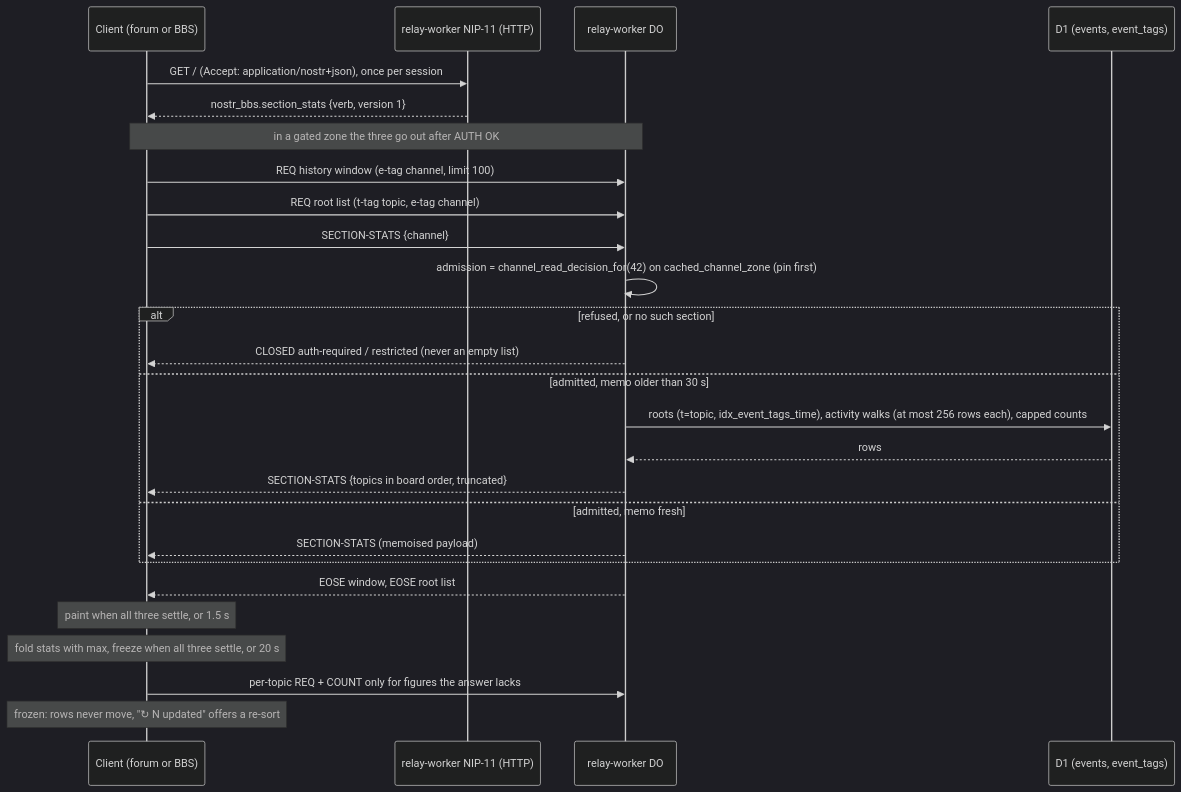
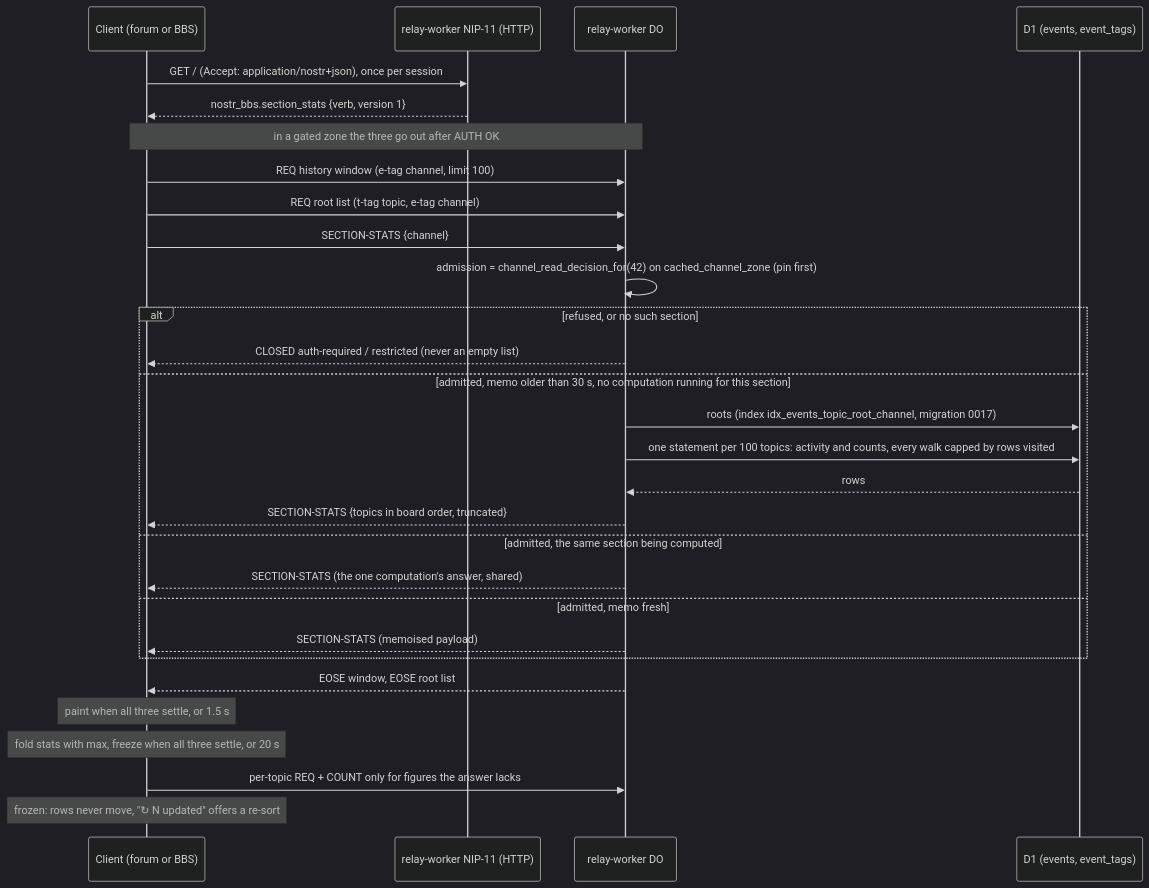
Before and after one commit to DreamLab-AI/nostr-rust-forum: the third of 6 diagrams in docs/architecture.md, drawn with Mermaid (dark theme). The commit also changed 10 other files, not shown here.

First line of the commit message:
fix(clients): live replies raise section-stats counts; cap-freeze baseline clamped at paint; docs for review fixes and migration 0017

````diff
--- a/docs/architecture.md
+++ b/docs/architecture.md
@@ -273,29 +273,32 @@
 ```mermaid
 sequenceDiagram
     participant C as Client (forum or BBS)
     participant N as relay-worker NIP-11 (HTTP)
     participant R as relay-worker DO
     participant D as D1 (events, event_tags)
 
     C->>N: GET / (Accept: application/nostr+json), once per session
     N-->>C: nostr_bbs.section_stats {verb, version 1}
     Note over C,R: in a gated zone the three go out after AUTH OK
     C->>R: REQ history window (e-tag channel, limit 100)
     C->>R: REQ root list (t-tag topic, e-tag channel)
     C->>R: SECTION-STATS {channel}
     R->>R: admission = channel_read_decision_for(42) on cached_channel_zone (pin first)
     alt refused, or no such section
         R-->>C: CLOSED auth-required / restricted (never an empty list)
-    else admitted, memo older than 30 s
-        R->>D: roots (t=topic, idx_event_tags_time), activity walks (at most 256 rows each), capped counts
+    else admitted, memo older than 30 s, no computation running for this section
+        R->>D: roots (index idx_events_topic_root_channel, migration 0017)
+        R->>D: one statement per 100 topics: activity and counts, every walk capped by rows visited
         D-->>R: rows
         R-->>C: SECTION-STATS {topics in board order, truncated}
+    else admitted, the same section being computed
+        R-->>C: SECTION-STATS (the one computation's answer, shared)
     else admitted, memo fresh
         R-->>C: SECTION-STATS (memoised payload)
     end
     R-->>C: EOSE window, EOSE root list
     Note over C: paint when all three settle, or 1.5 s
     Note over C: fold stats with max, freeze when all three settle, or 20 s
     C->>R: per-topic REQ + COUNT only for figures the answer lacks
     Note over C: frozen: rows never move, "↻ N updated" offers a re-sort
 ```
````
